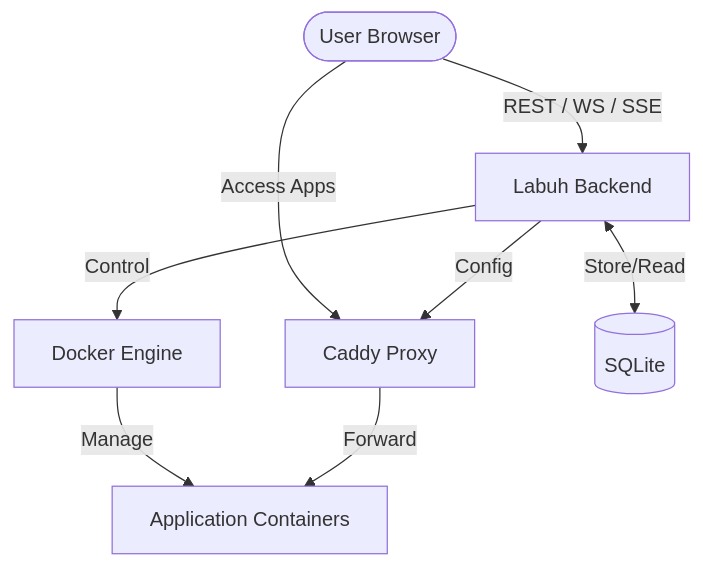
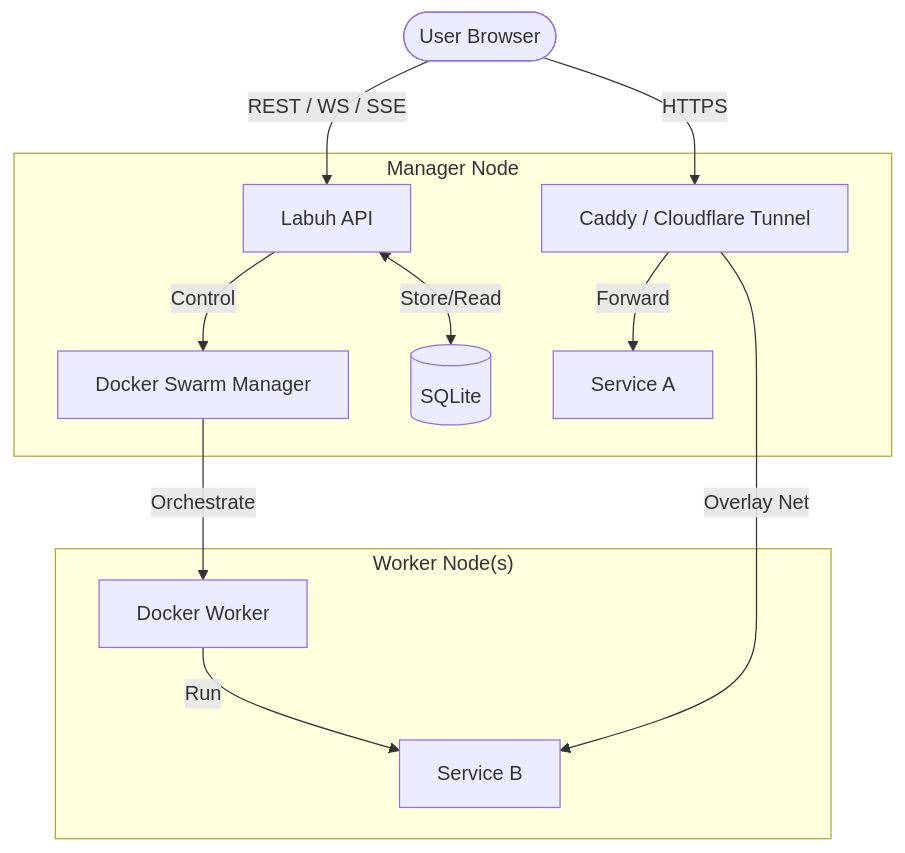
The diagram in website/guide/architecture.md (HasanH47/labuh), drawn with Mermaid before and after one commit. The commit also changed 9 other files, not shown here.

Commit message:
feat: Implement Docker Swarm mode, Cloudflare Tunnels, and network visualization, updating documentation and bumping versions.

````diff
--- a/website/guide/architecture.md
+++ b/website/guide/architecture.md
@@ -36,10 +36,17 @@
 ```mermaid
 graph TD
-    User([User Browser]) -->|REST / WS / SSE| Labuh[Labuh Backend]
-    Labuh -->|Control| Docker[Docker Engine]
-    Docker -->|Manage| Containers[Application Containers]
-    User -->|Access Apps| Caddy[Caddy Proxy]
-    Caddy -->|Forward| Containers
-    Labuh -->|Config| Caddy
-    Labuh <-->|Store/Read| DB[(SQLite)]
+    User([User Browser]) -->|REST / WS / SSE| API[Labuh API]
+    User -->|HTTPS| Ingress[Ingress Layer]
+
+    subgraph "Manager Node"
+        API -->|Control| DockerM[Docker Swarm Manager]
+        API <-->|Store/Read| DB[(SQLite)]
+        Ingress[Caddy / Cloudflare Tunnel] -->|Forward| Svc1[Service A]
+    end
+
+    subgraph "Worker Node(s)"
+        DockerM -->|Orchestrate| DockerW[Docker Worker]
+        DockerW -->|Run| Svc2[Service B]
+        Ingress -->|Overlay Net| Svc2
+    end
 ```
````
